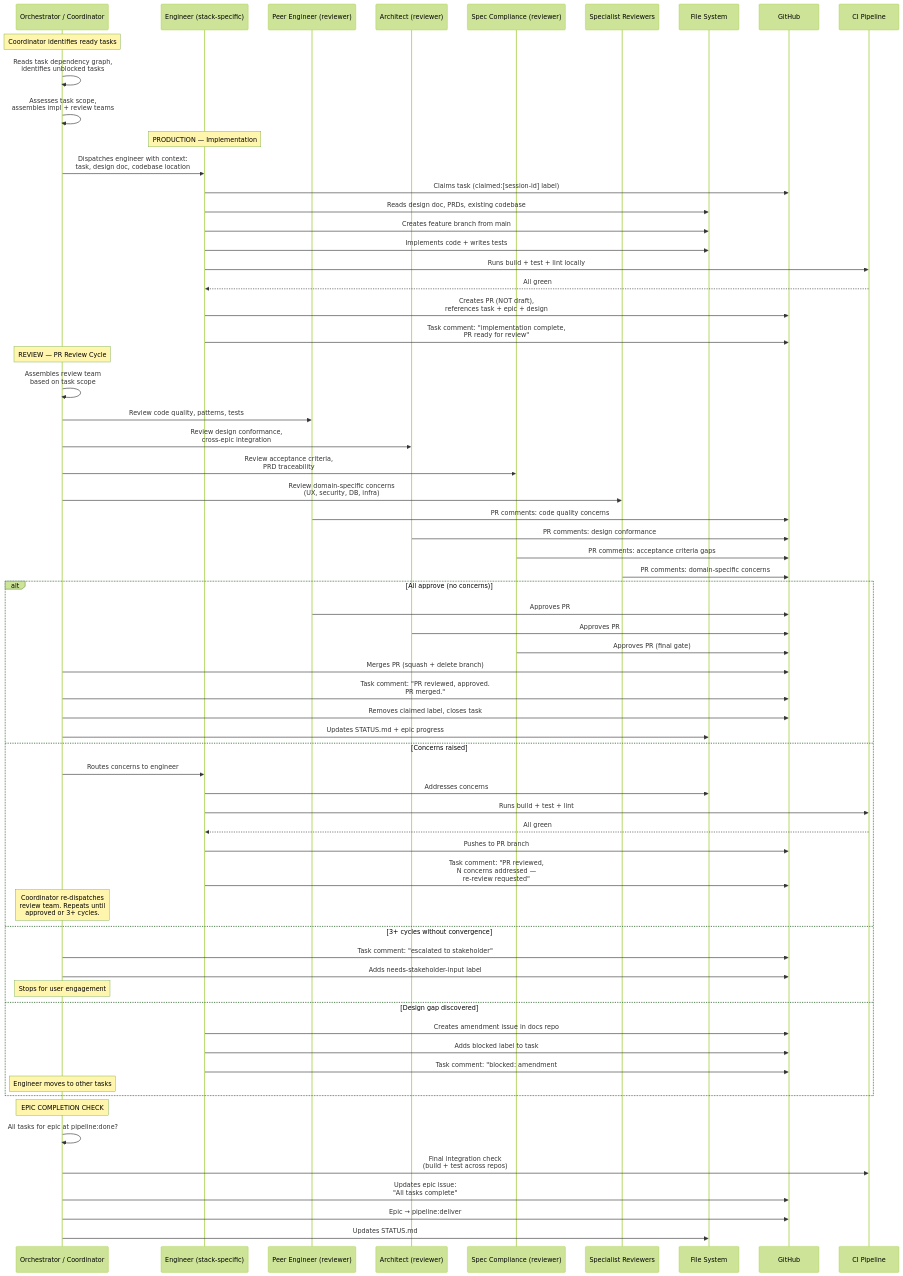
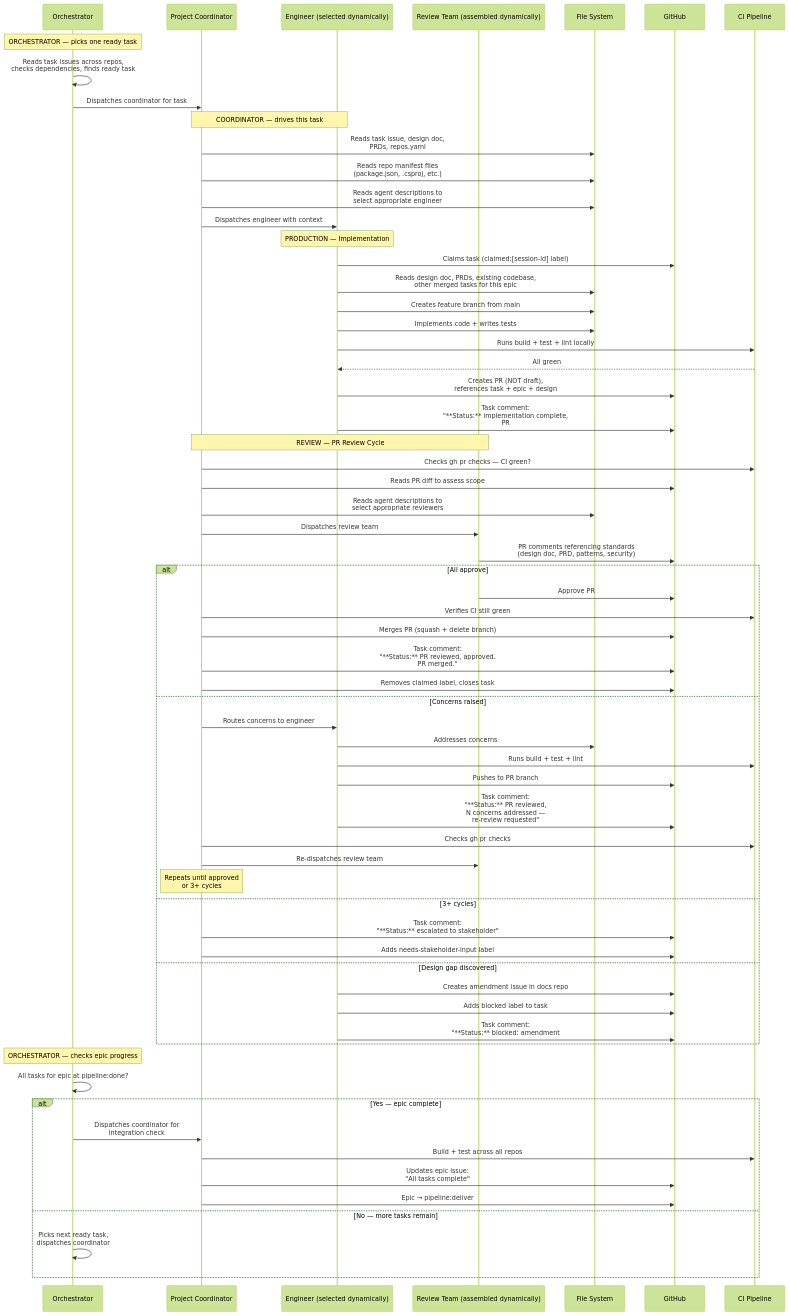
Diagram 15 of 15 in docs/research/pipeline-redesign-v2.md (themachinagod/andgasm-claude-orchestration-project), drawn with Mermaid (forest theme) before and after one commit. The commit also changed other lines of this file and 9 other files, not shown here.

First line of the commit message:
docs: pipeline review fixes — state markers, CI gates, per-task model (#2)

````diff
--- a/docs/research/pipeline-redesign-v2.md
+++ b/docs/research/pipeline-redesign-v2.md
@@ -1622,76 +1684,78 @@
 ```mermaid
 sequenceDiagram
-    participant O as Orchestrator / Coordinator
-    participant E as Engineer (stack-specific)
-    participant PR as Peer Engineer (reviewer)
-    participant A as Architect (reviewer)
-    participant SC as Spec Compliance (reviewer)
-    participant SP as Specialist Reviewers
+    participant Orch as Orchestrator
+    participant C as Project Coordinator
+    participant E as Engineer (selected dynamically)
+    participant R as Review Team (assembled dynamically)
     participant FS as File System
     participant GH as GitHub
     participant CI as CI Pipeline
 
-    Note over O: Coordinator identifies ready tasks
+    Note over Orch: ORCHESTRATOR — picks one ready task
 
-    O->>O: Reads task dependency graph,<br/>identifies unblocked tasks
-    O->>O: Assesses task scope,<br/>assembles impl + review teams
+    Orch->>Orch: Reads task issues across repos,<br/>checks dependencies, finds ready task
+    Orch->>C: Dispatches coordinator for task #N
+
+    Note over C,E: COORDINATOR — drives this task
+
+    C->>FS: Reads task issue, design doc,<br/>PRDs, repos.yaml
+    C->>FS: Reads repo manifest files<br/>(package.json, .csproj, etc.)
+    C->>FS: Reads agent descriptions to<br/>select appropriate engineer
+    C->>E: Dispatches engineer with context
 
     Note over E: PRODUCTION — Implementation
 
-    O->>E: Dispatches engineer with context:<br/>task, design doc, codebase location
     E->>GH: Claims task (claimed:[session-id] label)
-    E->>FS: Reads design doc, PRDs, existing codebase
+    E->>FS: Reads design doc, PRDs, existing codebase,<br/>other merged tasks for this epic
     E->>FS: Creates feature branch from main
     E->>FS: Implements code + writes tests
     E->>CI: Runs build + test + lint locally
     CI-->>E: All green
     E->>GH: Creates PR (NOT draft),<br/>references task + epic + design
-    E->>GH: Task comment: "implementation complete,<br/>PR ready for review"
+    E->>GH: Task comment:<br/>"**Status:** implementation complete,<br/>PR #NNN ready for review"
 
-    Note over O: REVIEW — PR Review Cycle
+    Note over C,R: REVIEW — PR Review Cycle
 
-    O->>O: Assembles review team<br/>based on task scope
-    O->>PR: Review code quality, patterns, tests
-    O->>A: Review design conformance,<br/>cross-epic integration
-    O->>SC: Review acceptance criteria,<br/>PRD traceability
-    O->>SP: Review domain-specific concerns<br/>(UX, security, DB, infra)
+    C->>CI: Checks gh pr checks — CI green?
+    C->>GH: Reads PR diff to assess scope
+    C->>FS: Reads agent descriptions to<br/>select appropriate reviewers
+    C->>R: Dispatches review team
 
-    PR->>GH: PR comments: code quality concerns
-    A->>GH: PR comments: design conformance
-    SC->>GH: PR comments: acceptance criteria gaps
-    SP->>GH: PR comments: domain-specific concerns
+    R->>GH: PR comments referencing standards<br/>(design doc, PRD, patterns, security)
 
-    alt All approve (no concerns)
-        PR->>GH: Approves PR
-        A->>GH: Approves PR
-        SC->>GH: Approves PR (final gate)
-        O->>GH: Merges PR (squash + delete branch)
-        O->>GH: Task comment: "PR reviewed, approved.<br/>PR merged."
-        O->>GH: Removes claimed label, closes task
-        O->>FS: Updates STATUS.md + epic progress
+    alt All approve
+        R->>GH: Approve PR
+        C->>CI: Verifies CI still green
+        C->>GH: Merges PR (squash + delete branch)
+        C->>GH: Task comment:<br/>"**Status:** PR reviewed, approved.<br/>PR merged."
+        C->>GH: Removes claimed label, closes task
     else Concerns raised
-        O->>E: Routes concerns to engineer
+        C->>E: Routes concerns to engineer
         E->>FS: Addresses concerns
         E->>CI: Runs build + test + lint
-        CI-->>E: All green
         E->>GH: Pushes to PR branch
-        E->>GH: Task comment: "PR reviewed,<br/>N concerns addressed —<br/>re-review requested"
-        Note over O: Coordinator re-dispatches<br/>review team. Repeats until<br/>approved or 3+ cycles.
-    else 3+ cycles without convergence
-        O->>GH: Task comment: "escalated to stakeholder"
-        O->>GH: Adds needs-stakeholder-input label
-        Note over O: Stops for user engagement
+        E->>GH: Task comment:<br/>"**Status:** PR reviewed,<br/>N concerns addressed —<br/>re-review requested"
+        C->>CI: Checks gh pr checks
+        C->>R: Re-dispatches review team
+        Note over C: Repeats until approved<br/>or 3+ cycles
+    else 3+ cycles
+        C->>GH: Task comment:<br/>"**Status:** escalated to stakeholder"
+        C->>GH: Adds needs-stakeholder-input label
     else Design gap discovered
         E->>GH: Creates amendment issue in docs repo
         E->>GH: Adds blocked label to task
-        E->>GH: Task comment: "blocked: amendment #NNN"
-        Note over O: Engineer moves to other tasks
+        E->>GH: Task comment:<br/>"**Status:** blocked: amendment #NNN"
     end
 
-    Note over O: EPIC COMPLETION CHECK
-    O->>O: All tasks for epic at pipeline:done?
-    O->>CI: Final integration check<br/>(build + test across repos)
-    O->>GH: Updates epic issue:<br/>"All tasks complete"
-    O->>GH: Epic → pipeline:deliver
-    O->>FS: Updates STATUS.md
+    Note over Orch: ORCHESTRATOR — checks epic progress
+
+    Orch->>Orch: All tasks for epic at pipeline:done?
+    alt Yes — epic complete
+        Orch->>C: Dispatches coordinator for<br/>integration check
+        C->>CI: Build + test across all repos
+        C->>GH: Updates epic issue:<br/>"All tasks complete"
+        C->>GH: Epic → pipeline:deliver
+    else No — more tasks remain
+        Orch->>Orch: Picks next ready task,<br/>dispatches coordinator
+    end
 ```
````
